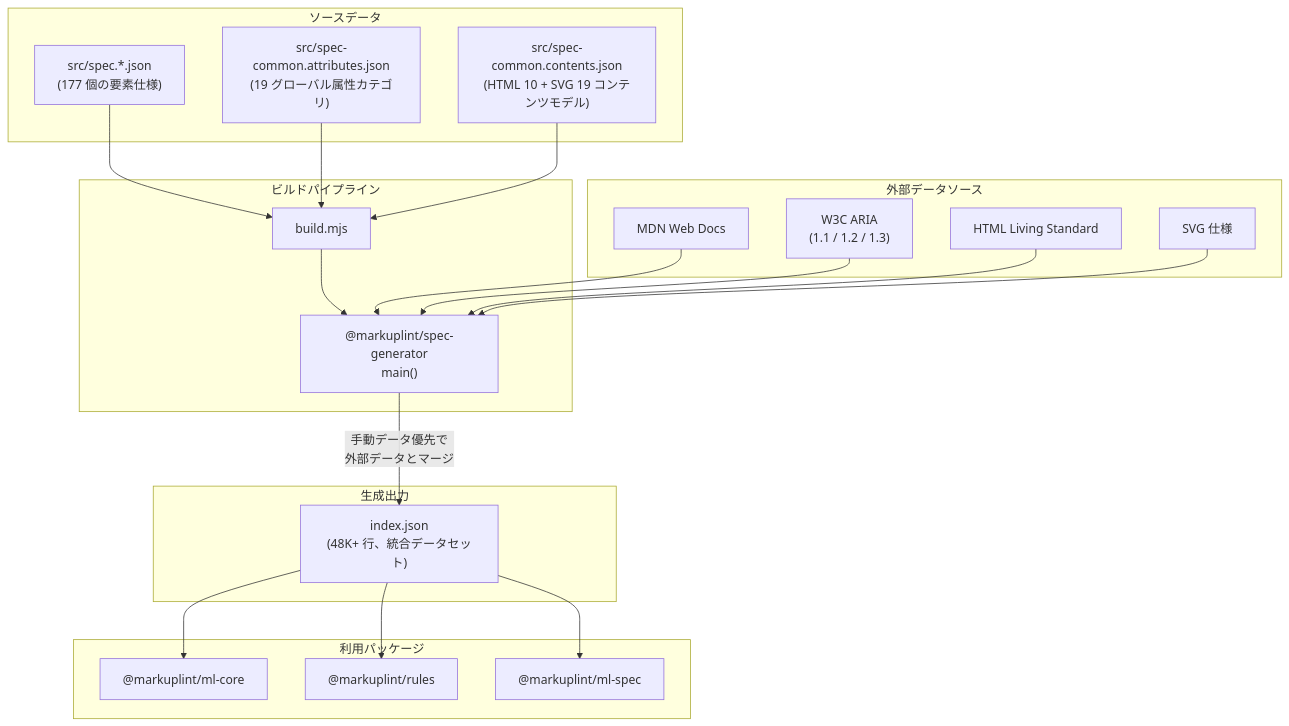
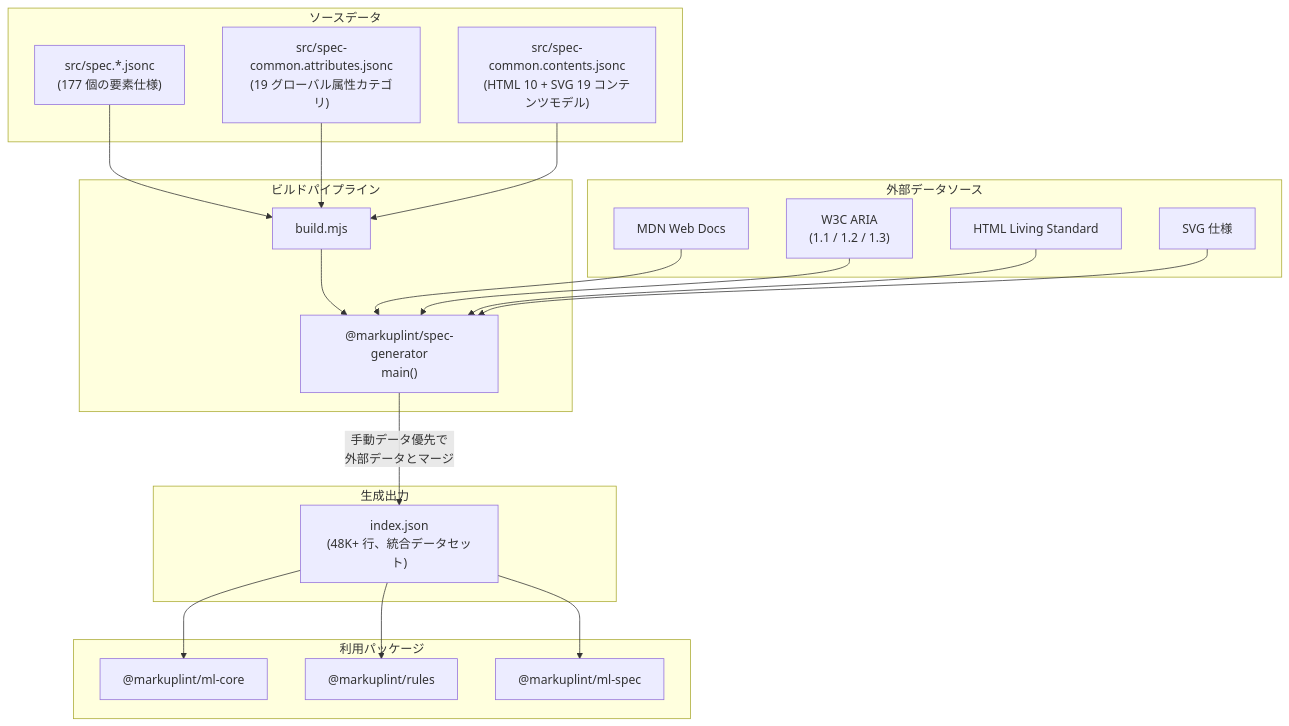
One commit to markuplint/markuplint changed the first of 2 diagrams in packages/@markuplint/html-spec/ARCHITECTURE.ja.md. Above: the diagram before and after it, drawn with Mermaid. The commit also changed other lines of this file and 190 other files, not shown here.

First line of the commit message:
refactor(html-spec): rename spec source files from .json to .jsonc

````diff
--- a/packages/@markuplint/html-spec/ARCHITECTURE.ja.md
+++ b/packages/@markuplint/html-spec/ARCHITECTURE.ja.md
@@ -30,46 +30,46 @@
 ```mermaid
 flowchart TD
     subgraph sources ["ソースデータ"]
-        specFiles["src/spec.*.json\n(177 個の要素仕様)"]
-        commonAttrs["src/spec-common.attributes.json\n(19 グローバル属性カテゴリ)"]
-        commonContents["src/spec-common.contents.json\n(HTML 10 + SVG 19 コンテンツモデル)"]
+        specFiles["src/spec.*.jsonc\n(177 個の要素仕様)"]
+        commonAttrs["src/spec-common.attributes.jsonc\n(19 グローバル属性カテゴリ)"]
+        commonContents["src/spec-common.contents.jsonc\n(HTML 10 + SVG 19 コンテンツモデル)"]
     end
 
     subgraph build ["ビルドパイプライン"]
         buildMjs["build.mjs"]
         specGen["@markuplint/spec-generator\nmain()"]
     end
 
     subgraph external ["外部データソース"]
         mdn["MDN Web Docs"]
         aria["W3C ARIA\n(1.1 / 1.2 / 1.3)"]
         htmlLs["HTML Living Standard"]
         svg["SVG 仕様"]
     end
 
     subgraph output ["生成出力"]
         indexJson["index.json\n(48K+ 行、統合データセット)"]
     end
 
     subgraph consumers ["利用パッケージ"]
         mlCore["@markuplint/ml-core"]
         rules["@markuplint/rules"]
         mlSpec["@markuplint/ml-spec"]
     end
 
     specFiles --> buildMjs
     commonAttrs --> buildMjs
     commonContents --> buildMjs
     buildMjs --> specGen
 
     mdn --> specGen
     aria --> specGen
     htmlLs --> specGen
     svg --> specGen
 
     specGen -->|"手動データ優先で\n外部データとマージ"| indexJson
 
     indexJson --> mlSpec
     indexJson --> mlCore
     indexJson --> rules
 ```
````
